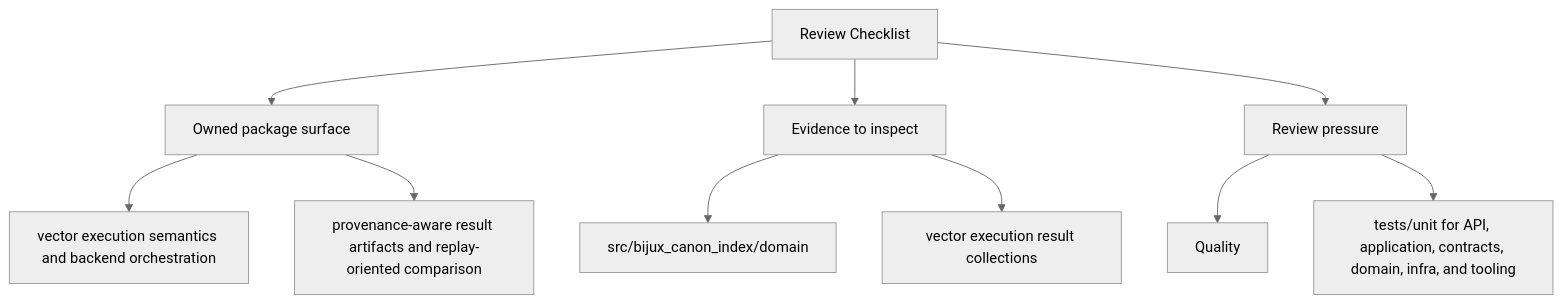
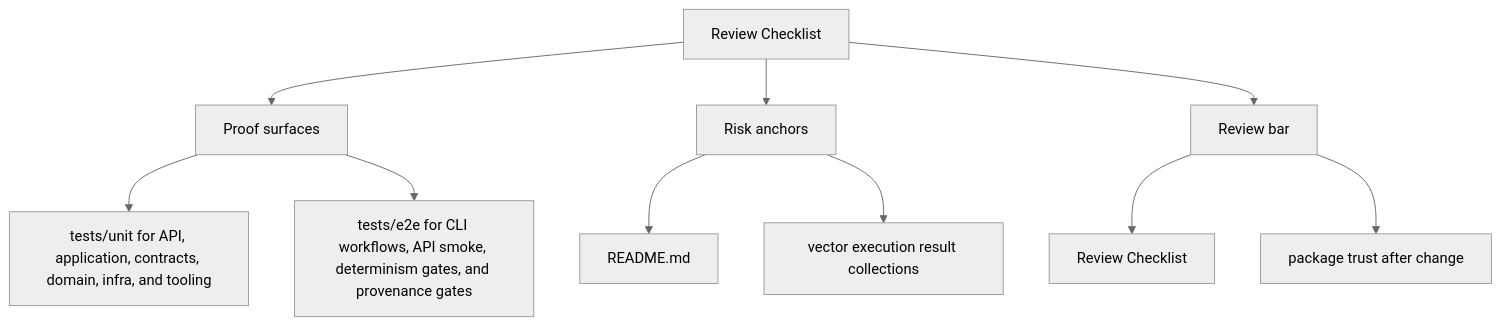
Before and after one commit to bijux/bijux-canon: the second of 2 diagrams in docs/bijux-canon-index/quality/review-checklist.md, drawn with Mermaid (neutral theme). The commit also changed other lines of this file and 250 other files, not shown here.

Commit message:
docs(diagrams): make product page maps more readable

````diff
--- a/docs/bijux-canon-index/quality/review-checklist.md
+++ b/docs/bijux-canon-index/quality/review-checklist.md
@@ -34,22 +34,22 @@
 ```mermaid
 flowchart TD
     page["Review Checklist"]
-    focus1["Owned package surface"]
+    focus1["Proof surfaces"]
     page --> focus1
-    focus1_1["vector execution semantics and backend orchestration"]
+    focus1_1["tests/unit for API, application, contracts, domain, infra, and tooling"]
     focus1 --> focus1_1
-    focus1_2["provenance-aware result artifacts and replay-oriented comparison"]
+    focus1_2["tests/e2e for CLI workflows, API smoke, determinism gates, and provenance gates"]
     focus1 --> focus1_2
-    focus2["Evidence to inspect"]
+    focus2["Risk anchors"]
     page --> focus2
-    focus2_1["src/bijux_canon_index/domain"]
+    focus2_1["README.md"]
     focus2 --> focus2_1
     focus2_2["vector execution result collections"]
     focus2 --> focus2_2
-    focus3["Review pressure"]
+    focus3["Review bar"]
     page --> focus3
-    focus3_1["Quality"]
+    focus3_1["Review Checklist"]
     focus3 --> focus3_1
-    focus3_2["tests/unit for API, application, contracts, domain, infra, and tooling"]
+    focus3_2["package trust after change"]
     focus3 --> focus3_2
 ```
````
